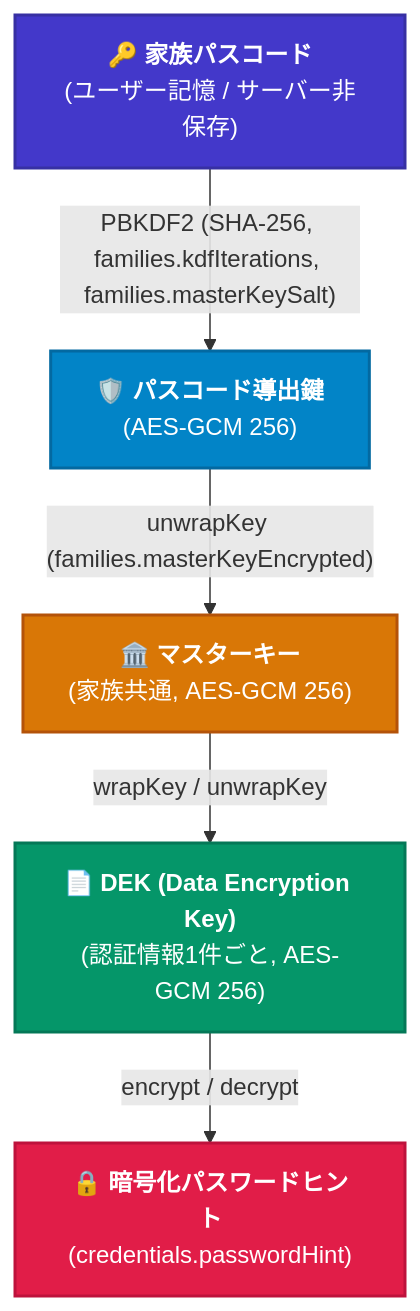
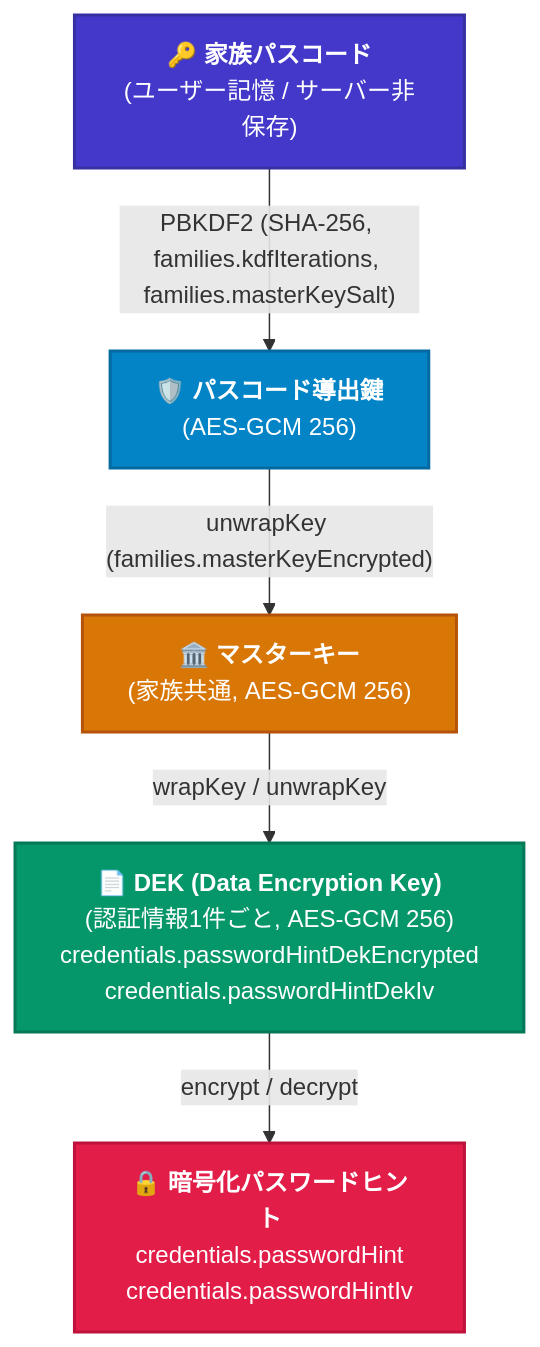
The second of 2 diagrams in .ai/architecture.md (luthpg/poohma), drawn with Mermaid before and after one commit. The commit also changed other lines of this file and 4 other files, not shown here.

````diff
--- a/.ai/architecture.md
+++ b/.ai/architecture.md
@@ -106,19 +106,19 @@
 ```mermaid
 flowchart TD
     classDef inputNode fill:#4338ca,stroke:#3730a3,stroke-width:2px,color:#ffffff;
     classDef derivedNode fill:#0284c7,stroke:#0369a1,stroke-width:2px,color:#ffffff;
     classDef masterNode fill:#d97706,stroke:#b45309,stroke-width:2px,color:#ffffff;
     classDef dekNode fill:#059669,stroke:#047857,stroke-width:2px,color:#ffffff;
     classDef hintNode fill:#e11d48,stroke:#be123c,stroke-width:2px,color:#ffffff;
 
     Passcode["🔑 <b>家族パスコード</b><br/>(ユーザー記憶 / サーバー非保存)"]:::inputNode
     PasscodeKey["🛡️ <b>パスコード導出鍵</b><br/>(AES-GCM 256)"]:::derivedNode
     MasterKey["🏛️ <b>マスターキー</b><br/>(家族共通, AES-GCM 256)"]:::masterNode
-    DEK["📄 <b>DEK (Data Encryption Key)</b><br/>(認証情報1件ごと, AES-GCM 256)"]:::dekNode
-    EncryptedHint["🔒 <b>暗号化パスワードヒント</b><br/>(credentials.passwordHint)"]:::hintNode
+    DEK["📄 <b>DEK (Data Encryption Key)</b><br/>(認証情報1件ごと, AES-GCM 256)<br/>credentials.passwordHintDekEncrypted<br/>credentials.passwordHintDekIv"]:::dekNode
+    EncryptedHint["🔒 <b>暗号化パスワードヒント</b><br/>credentials.passwordHint<br/>credentials.passwordHintIv"]:::hintNode
 
     Passcode -->|"PBKDF2 (SHA-256, families.kdfIterations, families.masterKeySalt)"| PasscodeKey
     PasscodeKey -->|"unwrapKey (families.masterKeyEncrypted)"| MasterKey
     MasterKey -->|"wrapKey / unwrapKey"| DEK
     DEK -->|"encrypt / decrypt"| EncryptedHint
 ```
````
